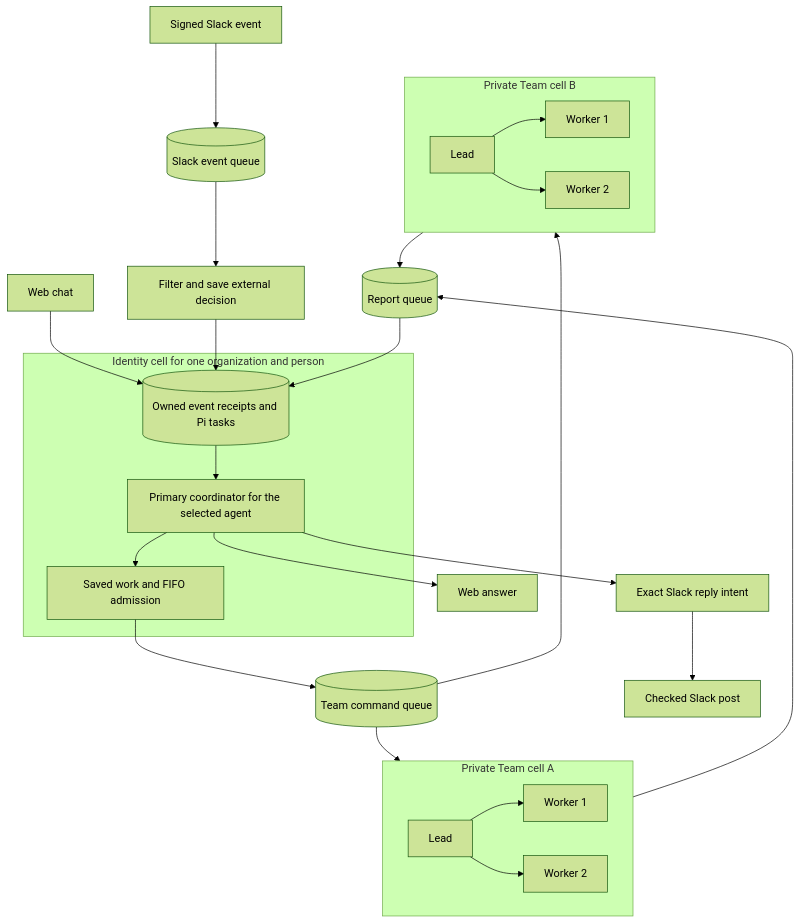
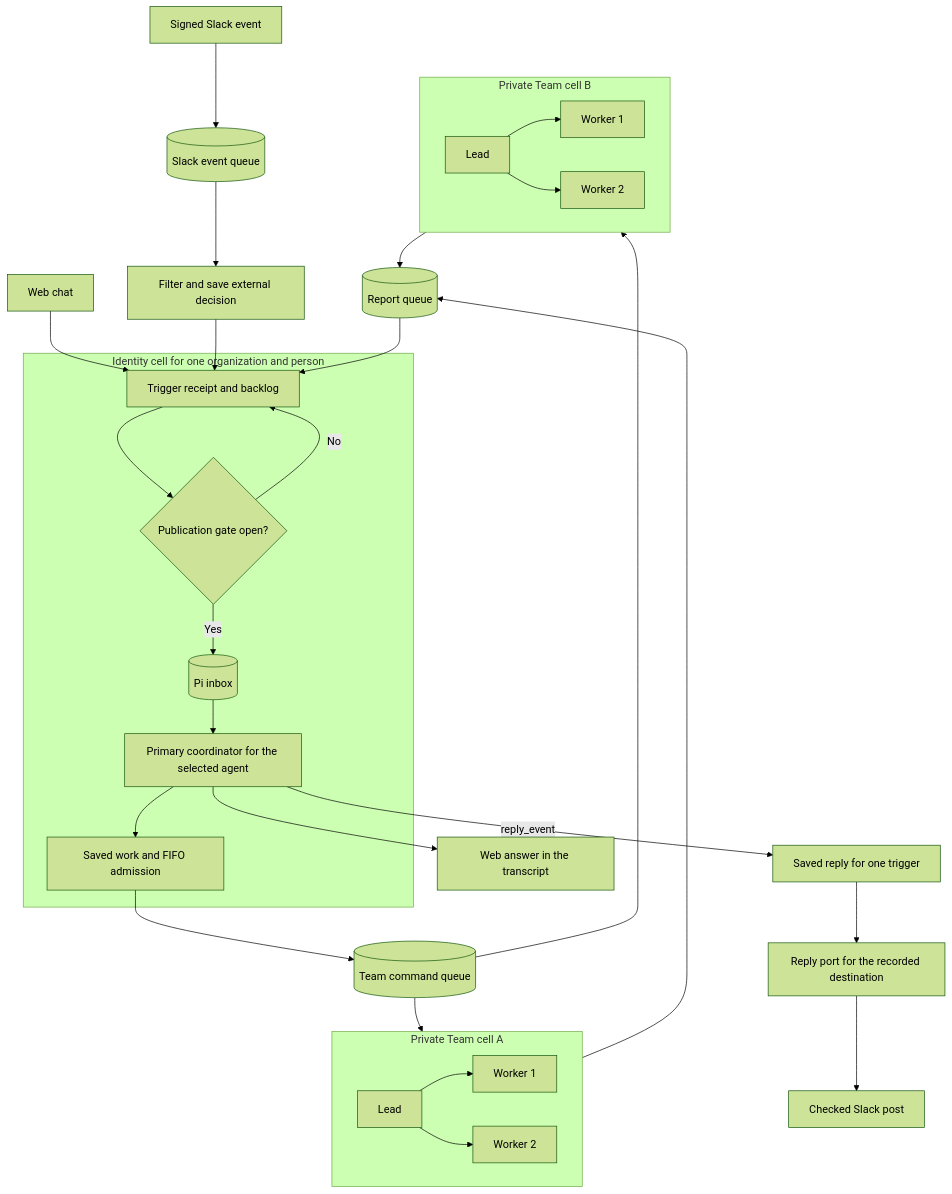
The first of 2 diagrams in docs/architecture/slack-coordinator.md (jhonsfran/cerebro), drawn with Mermaid (forest theme) before and after one commit. The commit also changed other lines of this file and 98 other files, not shown here.

First line of the commit message:
feat(coordinator): route triggers through Pi's inbox with a reply tool

````diff
--- a/docs/architecture/slack-coordinator.md
+++ b/docs/architecture/slack-coordinator.md
@@ -5,28 +5,32 @@
 ```mermaid
 flowchart TD
-  Web[Web chat] --> Inbox
+  Web[Web chat] --> Admit
   Slack[Signed Slack event] --> Queue[(Slack event queue)]
   Queue --> Filter[Filter and save external decision]
-  Filter --> Inbox
+  Filter --> Admit
   subgraph Identity[Identity cell for one organization and person]
-    Inbox[(Owned event receipts and Pi tasks)] --> Coordinator[Primary coordinator for the selected agent]
+    Admit[Trigger receipt and backlog] --> Gate{Publication gate open?}
+    Gate -->|No| Admit
+    Gate -->|Yes| PiInbox[(Pi inbox)]
+    PiInbox --> Coordinator[Primary coordinator for the selected agent]
     Coordinator --> Work[Saved work and FIFO admission]
   end
   Work --> Commands[(Team command queue)]
   Commands --> A
   Commands --> B
   subgraph A[Private Team cell A]
     LeadA[Lead] --> WorkerA1[Worker 1]
     LeadA --> WorkerA2[Worker 2]
   end
   subgraph B[Private Team cell B]
     LeadB[Lead] --> WorkerB1[Worker 1]
     LeadB --> WorkerB2[Worker 2]
   end
   A --> Reports[(Report queue)]
   B --> Reports
-  Reports --> Inbox
-  Coordinator --> WebReply[Web answer]
-  Coordinator --> Reply[Exact Slack reply intent]
-  Reply --> SlackPost[Checked Slack post]
+  Reports --> Admit
+  Coordinator --> WebReply[Web answer in the transcript]
+  Coordinator -->|reply_event| Reply[Saved reply for one trigger]
+  Reply --> Port[Reply port for the recorded destination]
+  Port --> SlackPost[Checked Slack post]
 ```
````
